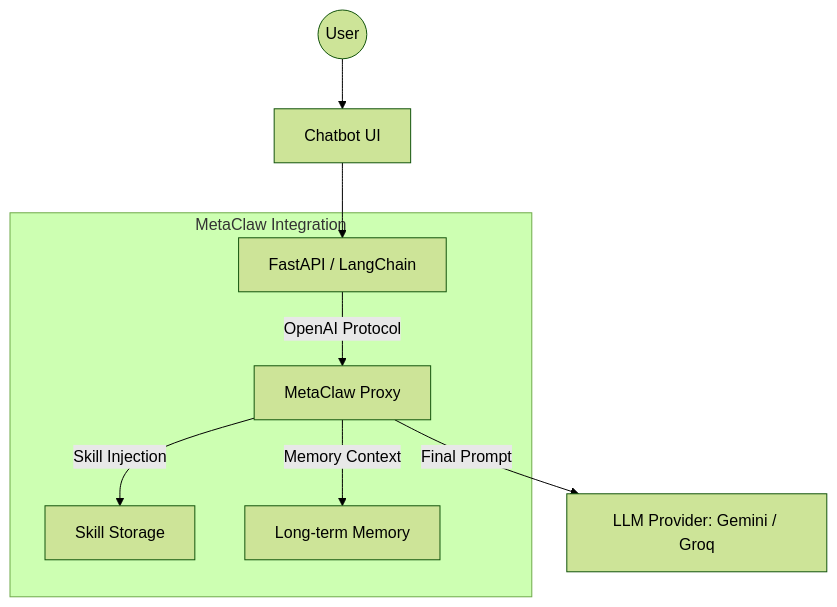
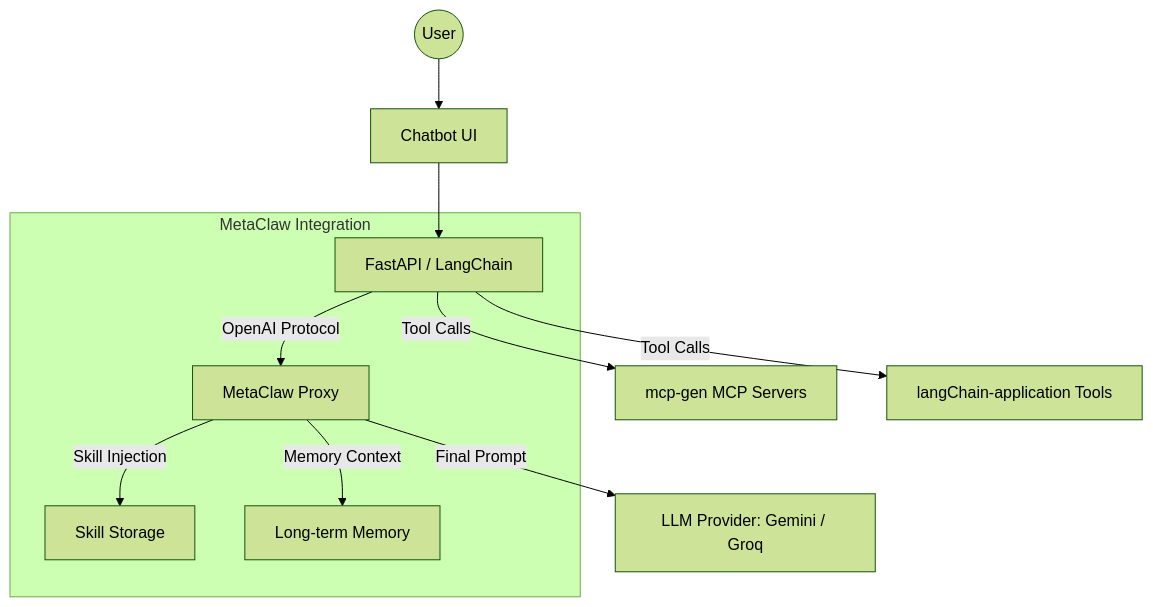
The first of 2 diagrams in docs/METACLAW_INTEGRATION.md (Memories2077/chatbot_mcp_client), drawn with Mermaid (forest theme) before and after one commit. The commit also changed other lines of this file and 1 other file, not shown here.

````diff
--- a/docs/METACLAW_INTEGRATION.md
+++ b/docs/METACLAW_INTEGRATION.md
@@ -47,13 +355,15 @@
 ```mermaid
 graph TD
     User((User)) --> Frontend[Chatbot UI]
     Frontend --> Backend[FastAPI / LangChain]
 
     subgraph MetaClaw_Layer [MetaClaw Integration]
         Backend -->|OpenAI Protocol| Proxy[MetaClaw Proxy]
         Proxy -->|Skill Injection| Skills[Skill Storage]
         Proxy -->|Memory Context| Memory[Long-term Memory]
     end
 
     Proxy -->|Final Prompt| LLM[LLM Provider: Gemini / Groq]
+    Backend -->|Tool Calls| MCP[mcp-gen MCP Servers]
+    Backend -->|Tool Calls| LangChainTools[langChain-application Tools]
 ```
````
